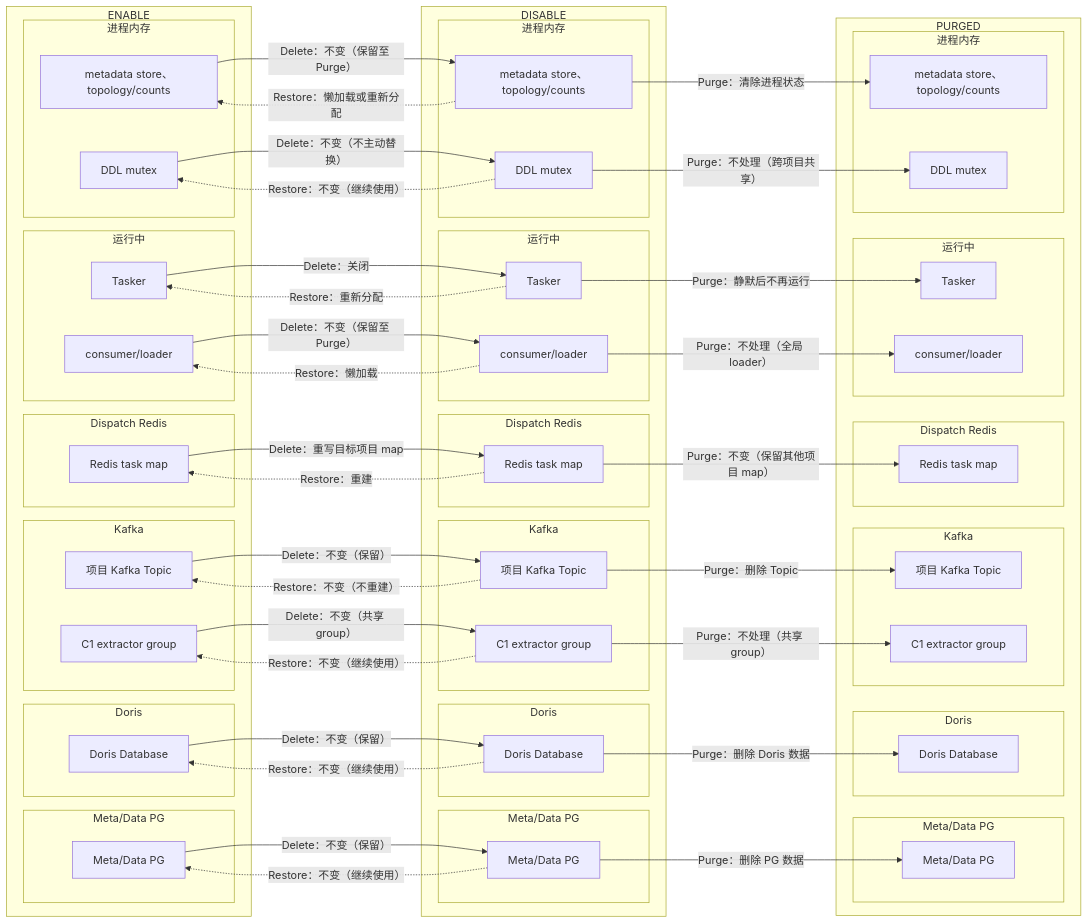
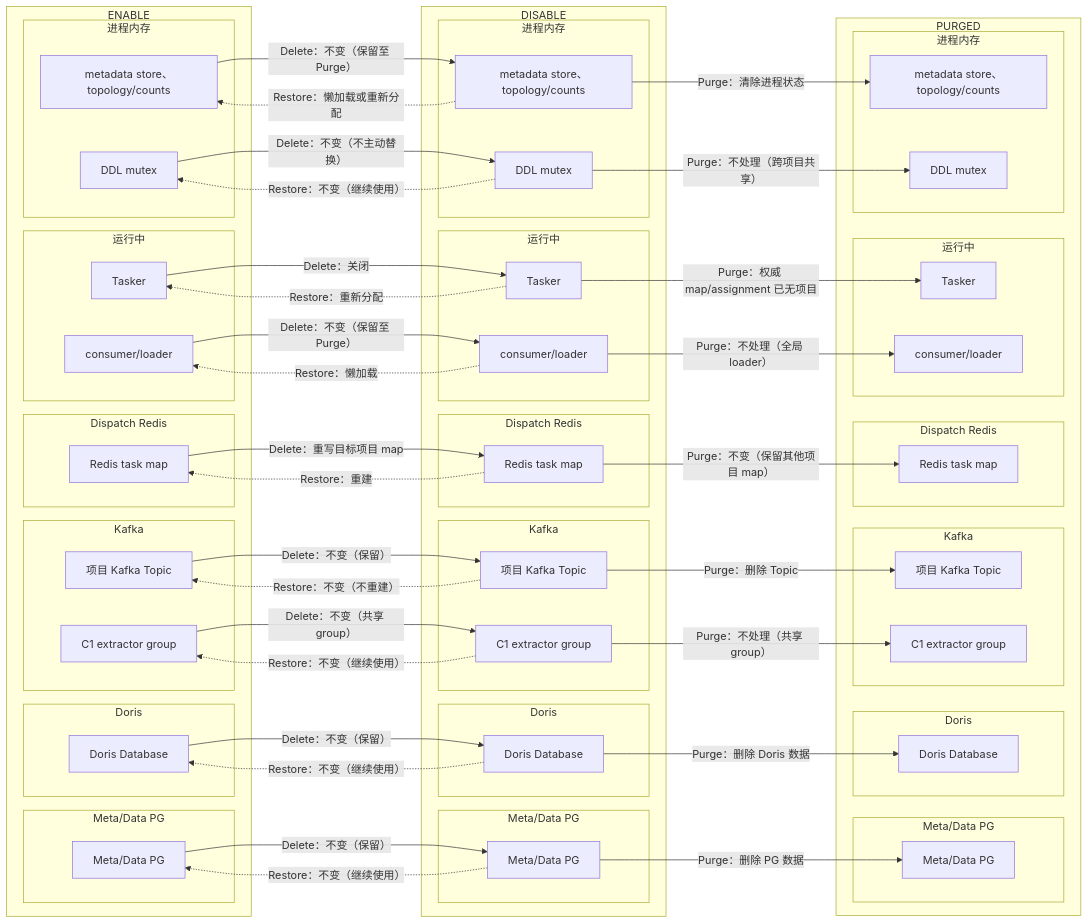
Diagram 17 of 22 in specs/20260716-Wave-Refac-OrganizationProjectLifecycle/04-detail.md (qinwenshiCH/workflow), drawn with Mermaid before and after one commit. The commit also changed other lines of this file and 3 other files, not shown here.

```diff
--- a/specs/20260716-Wave-Refac-OrganizationProjectLifecycle/04-detail.md
+++ b/specs/20260716-Wave-Refac-OrganizationProjectLifecycle/04-detail.md
@@ -1262,7 +1269,7 @@
     DTopic -->|Purge：删除 Topic| PTopic
     DGroup -->|Purge：不处理（共享 group）| PGroup
     DMap -->|Purge：不变（保留其他项目 map）| PMap
-    DTasker -->|Purge：静默后不再运行| PTasker
+    DTasker -->|Purge：权威 map/assignment 已无项目| PTasker
     DLoader -->|Purge：不处理（全局 loader）| PLoader
     DMeta -->|Purge：清除进程状态| PMeta
     DMutex -->|Purge：不处理（跨项目共享）| PMutex
```
